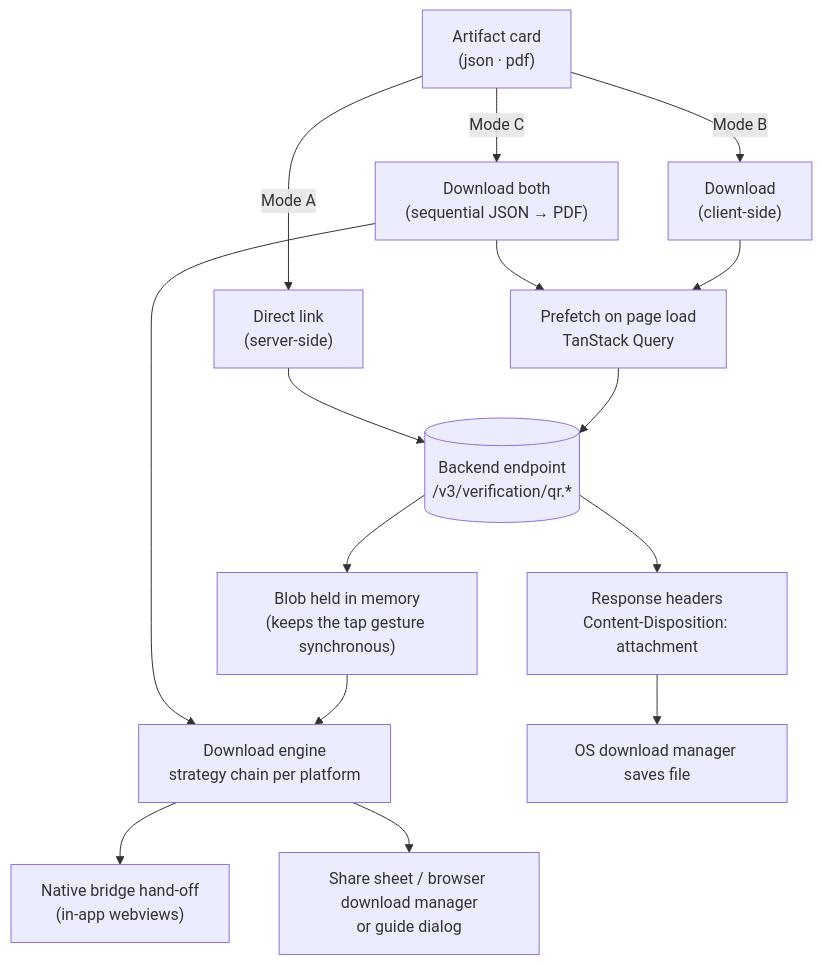
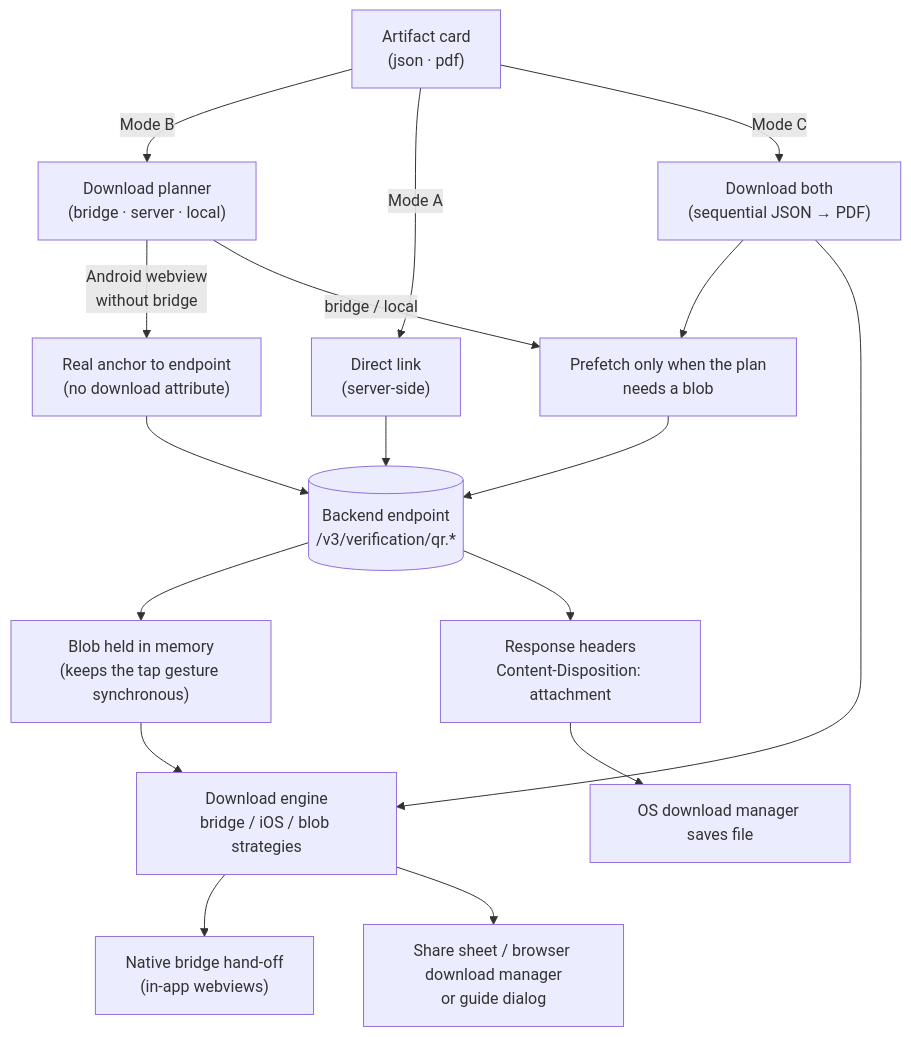
Before and after one commit to rakuya-khun/file-download-ios-simulation: the first of 5 diagrams in docs/download-flow.md, drawn with Mermaid. The commit also changed other lines of this file and 11 other files, not shown here.

First line of the commit message:
fix: use server attachment downloads on Android webviews

````diff
--- a/docs/download-flow.md
+++ b/docs/download-flow.md
@@ -7,22 +7,24 @@
 ```mermaid
 flowchart TB
     Row["Artifact card<br/>(json · pdf)"]
 
-    Row -->|"Mode B"| FetchSave["Download<br/>(client-side)"]
+    Row -->|"Mode B"| Planner["Download planner<br/>(bridge · server · local)"]
     Row -->|"Mode A"| DirectLink["Direct link<br/>(server-side)"]
     Row -->|"Mode C"| Bulk["Download both<br/>(sequential JSON → PDF)"]
 
-    FetchSave --> Query["Prefetch on page load<br/>TanStack Query"]
+    Planner -->|"Android webview<br/>without bridge"| ServerDL["Real anchor to endpoint<br/>(no download attribute)"]
+    Planner -->|"bridge / local"| Query["Prefetch only when the plan<br/>needs a blob"]
     Bulk --> Query
     Query --> Endpoint[("Backend endpoint<br/>/v3/verification/qr.*")]
     Endpoint --> Blob["Blob held in memory<br/>(keeps the tap gesture synchronous)"]
-    Blob --> Engine["Download engine<br/>strategy chain per platform"]
+    Blob --> Engine["Download engine<br/>bridge / iOS / blob strategies"]
     Bulk --> Engine
 
+    ServerDL --> Endpoint
     DirectLink --> Endpoint
     Endpoint --> Headers["Response headers<br/>Content-Disposition: attachment"]
     Headers --> OS1["OS download manager saves file"]
 
     Engine --> Bridge["Native bridge hand-off<br/>(in-app webviews)"]
     Engine --> OS2["Share sheet / browser download manager<br/>or guide dialog"]
 ```
````
